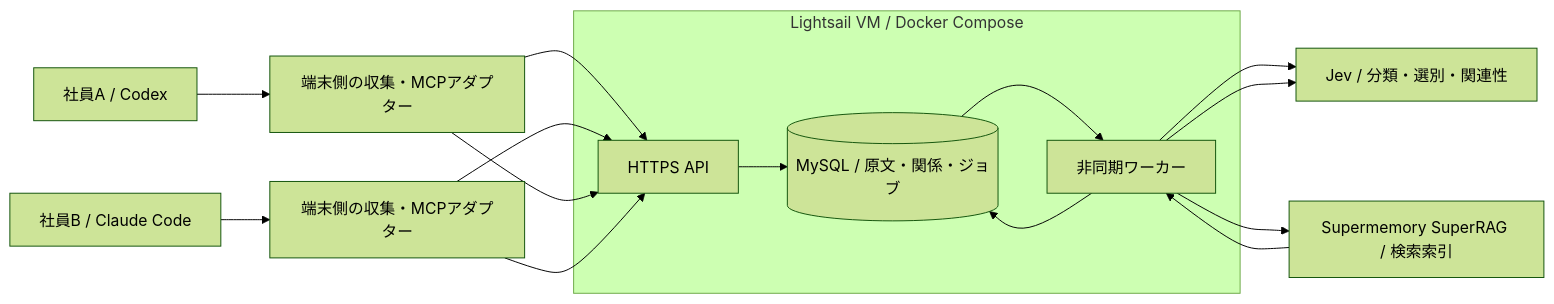
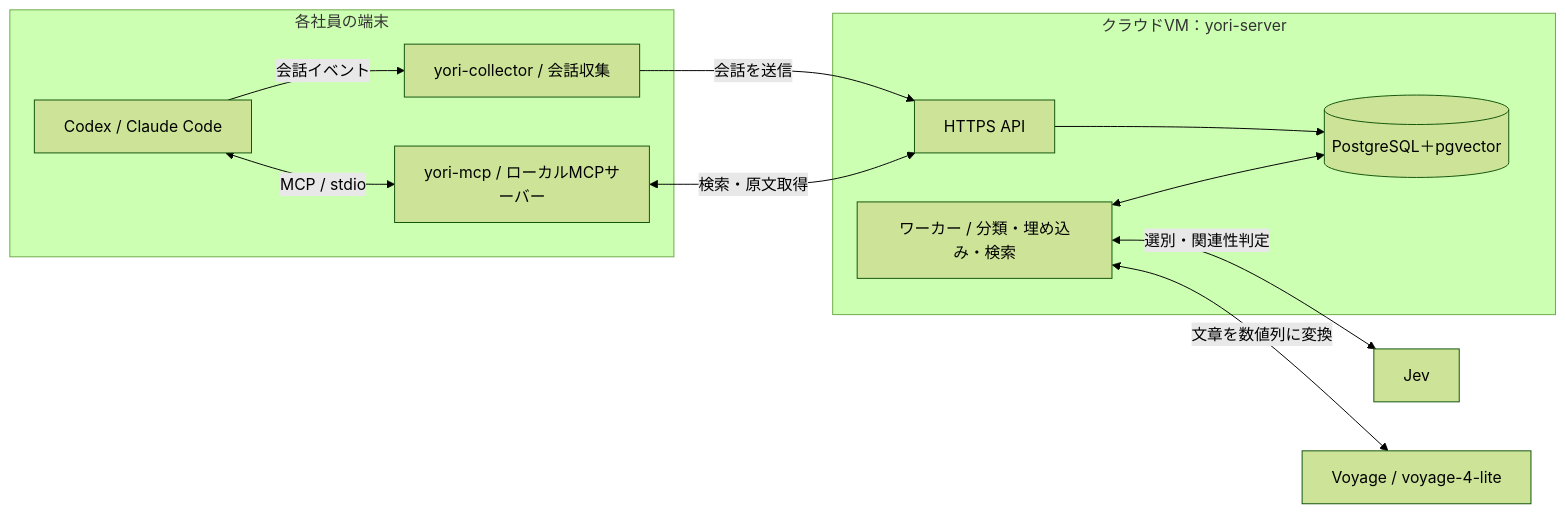
The first of 5 diagrams in development-conversation-memory-implementation-plan.md (k2-dev0/yori), drawn with Mermaid (forest theme) before and after one commit. The commit also changed other lines of this file, not shown here.

Commit message:
development-conversation-memory-implementation-plan.md: PostgreSQLと自動先行検索への改訂を保存

````diff
--- a/development-conversation-memory-implementation-plan.md
+++ b/development-conversation-memory-implementation-plan.md
@@ -94,20 +104,21 @@
 ```mermaid
 flowchart LR
-    A["社員A / Codex"] --> CA["端末側の収集・MCPアダプター"]
-    B["社員B / Claude Code"] --> CB["端末側の収集・MCPアダプター"]
-    CA --> API["HTTPS API"]
-    CB --> API
-
-    subgraph VM["Lightsail VM / Docker Compose"]
-        API --> DB[("MySQL / 原文・関係・ジョブ")]
-        W["非同期ワーカー"] --> DB
-        DB --> W
+    subgraph PC["各社員の端末"]
+        A["Codex / Claude Code"]
+        C["yori-collector / 会話収集"]
+        M["yori-mcp / ローカルMCPサーバー"]
+        A -->|"会話イベント"| C
+        A <-->|"MCP / stdio"| M
     end
-
-    W --> J["Jev / 分類・選別・関連性"]
-    W --> S["Supermemory SuperRAG / 検索索引"]
-    S --> W
-    W --> J
-    CA --> API
-    CB --> API
+    subgraph VM["クラウドVM：yori-server"]
+        API["HTTPS API"]
+        W["ワーカー / 分類・埋め込み・検索"]
+        DB[("PostgreSQL＋pgvector")]
+        API --> DB
+        W <--> DB
+    end
+    C -->|"会話を送信"| API
+    M <-->|"検索・原文取得"| API
+    W <-->|"選別・関連性判定"| J["Jev"]
+    W <-->|"文章を数値列に変換"| V["Voyage / voyage-4-lite"]
 ```
````
